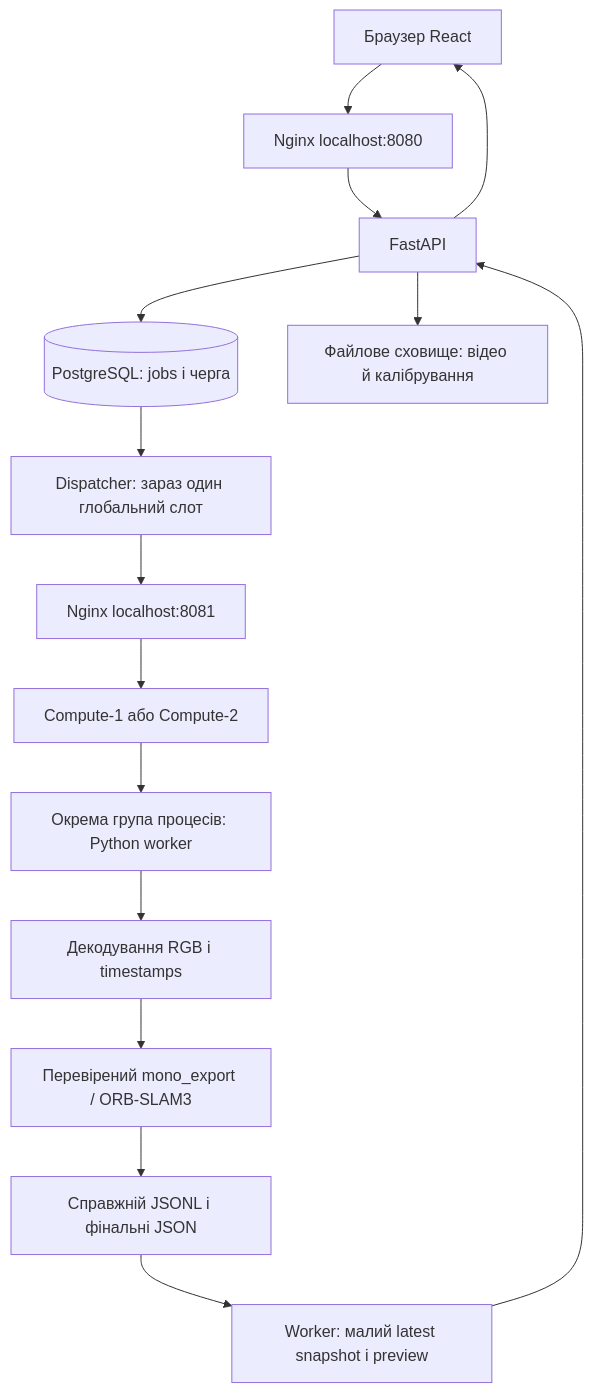
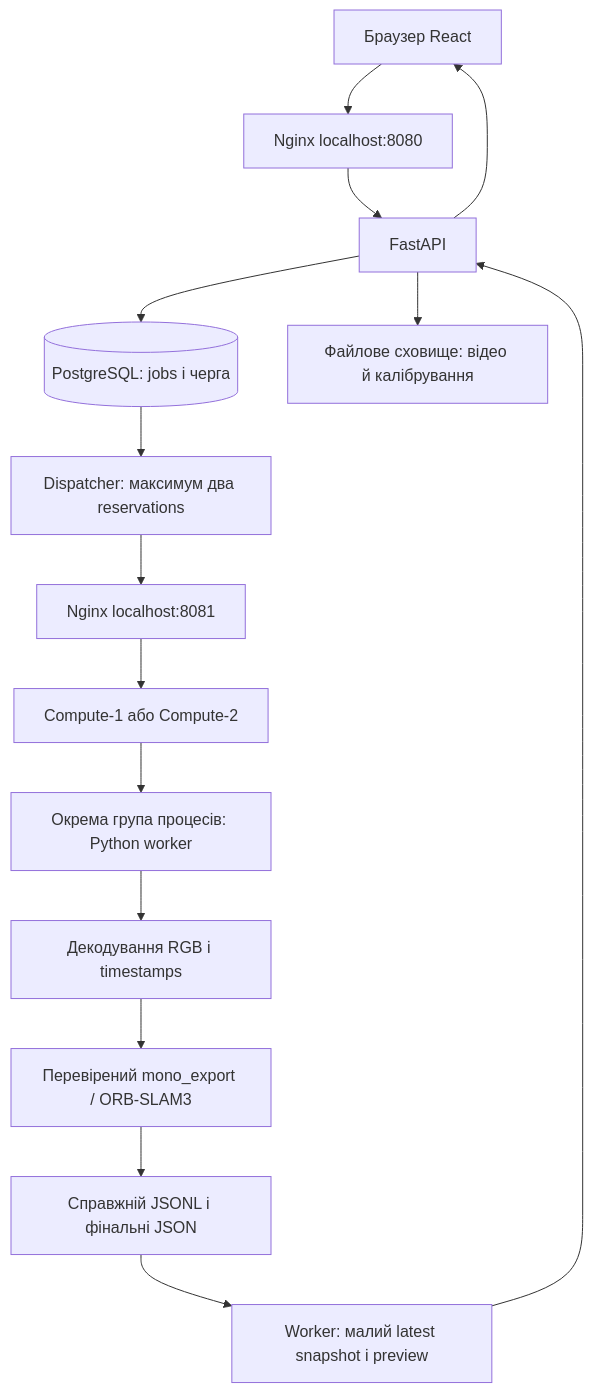
The diagram in docs/how-it-works.md (DemusMaryan/WebView), drawn with Mermaid before and after one commit. The commit also changed other lines of this file and 7 other files, not shown here.

````diff
--- a/docs/how-it-works.md
+++ b/docs/how-it-works.md
@@ -7,17 +7,17 @@
 ```mermaid
 flowchart TD
     B[Браузер React] --> N[Nginx localhost:8080]
     N --> A[FastAPI]
     A --> P[(PostgreSQL: jobs і черга)]
     A --> F[Файлове сховище: відео й калібрування]
-    P --> D[Dispatcher: зараз один глобальний слот]
+    P --> D[Dispatcher: максимум два reservations]
     D --> L[Nginx localhost:8081]
     L --> C[Compute-1 або Compute-2]
     C --> W[Окрема група процесів: Python worker]
     W --> R[Декодування RGB і timestamps]
     R --> O[Перевірений mono_export / ORB-SLAM3]
     O --> J[Справжній JSONL і фінальні JSON]
     J --> S[Worker: малий latest snapshot і preview]
     S --> A
     A --> B
 ```
````
